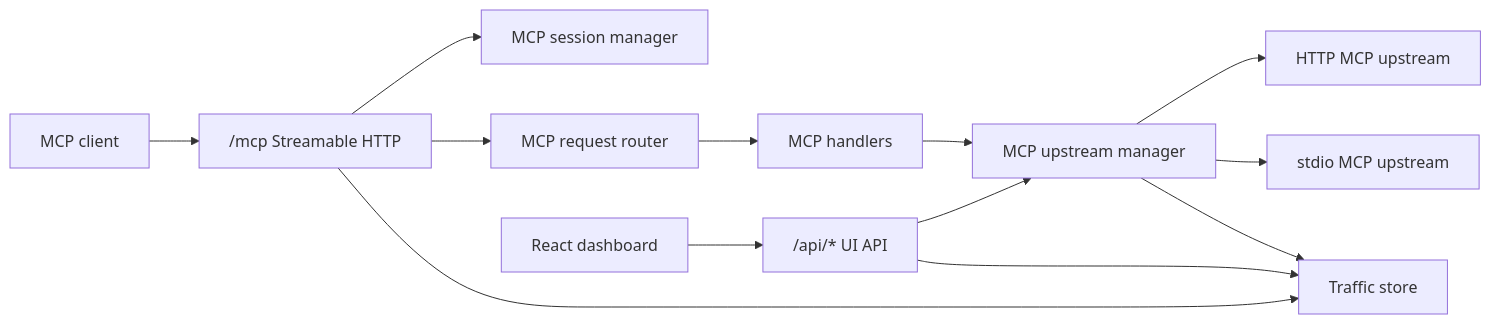
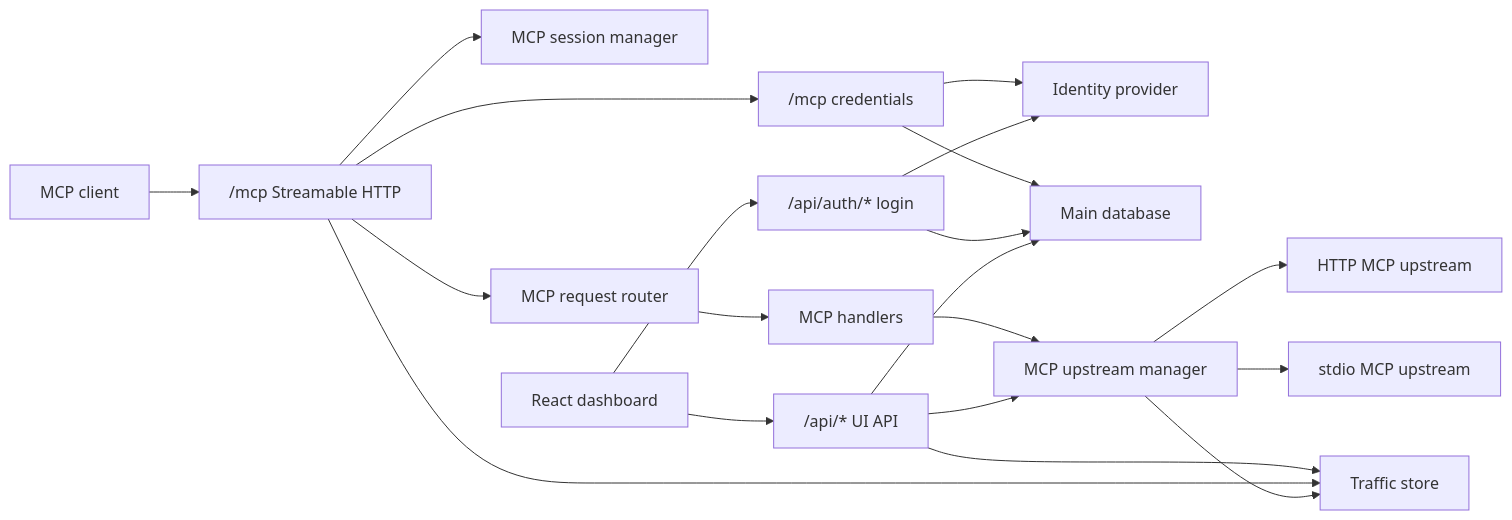
Before and after one commit to aawajp/aawa-mcpx: the first of 2 diagrams in DESIGN.md, drawn with Mermaid. The commit also changed other lines of this file and 65 other files, not shown here.

Commit message:
feat!: add dashboard login and access control

````diff
--- a/DESIGN.md
+++ b/DESIGN.md
@@ -33,16 +33,23 @@
 ```mermaid
 flowchart LR
     Client["MCP client"] --> McpRoute["/mcp Streamable HTTP"]
+    McpRoute --> McpAuth["/mcp credentials"]
+    McpAuth --> IdP["Identity provider"]
+    McpAuth --> MainDb["Main database"]
     McpRoute --> Session["MCP session manager"]
     McpRoute --> Router["MCP request router"]
     Router --> Handlers["MCP handlers"]
     Handlers --> Upstreams["MCP upstream manager"]
     Upstreams --> HttpUpstream["HTTP MCP upstream"]
     Upstreams --> StdioUpstream["stdio MCP upstream"]
 
     Dashboard["React dashboard"] --> UiApi["/api/* UI API"]
+    Dashboard --> Login["/api/auth/* login"]
+    Login --> IdP
+    Login --> MainDb
+    UiApi --> MainDb
     UiApi --> Upstreams
     UiApi --> Traffic["Traffic store"]
     McpRoute --> Traffic
     Upstreams --> Traffic
 ```
````
